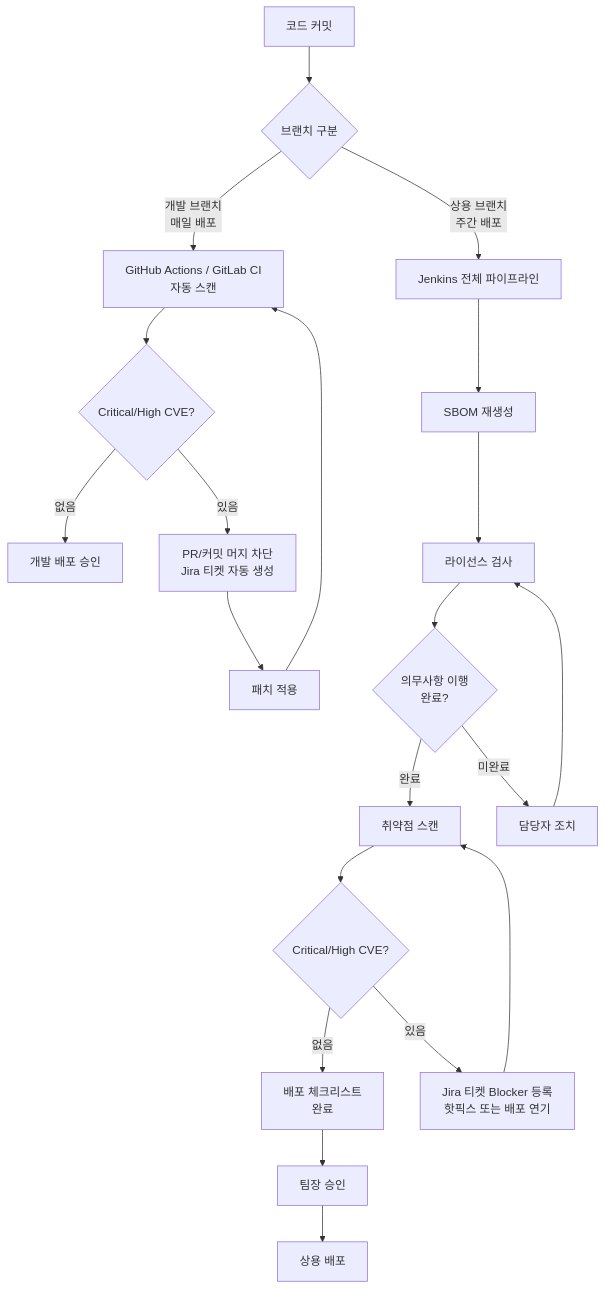
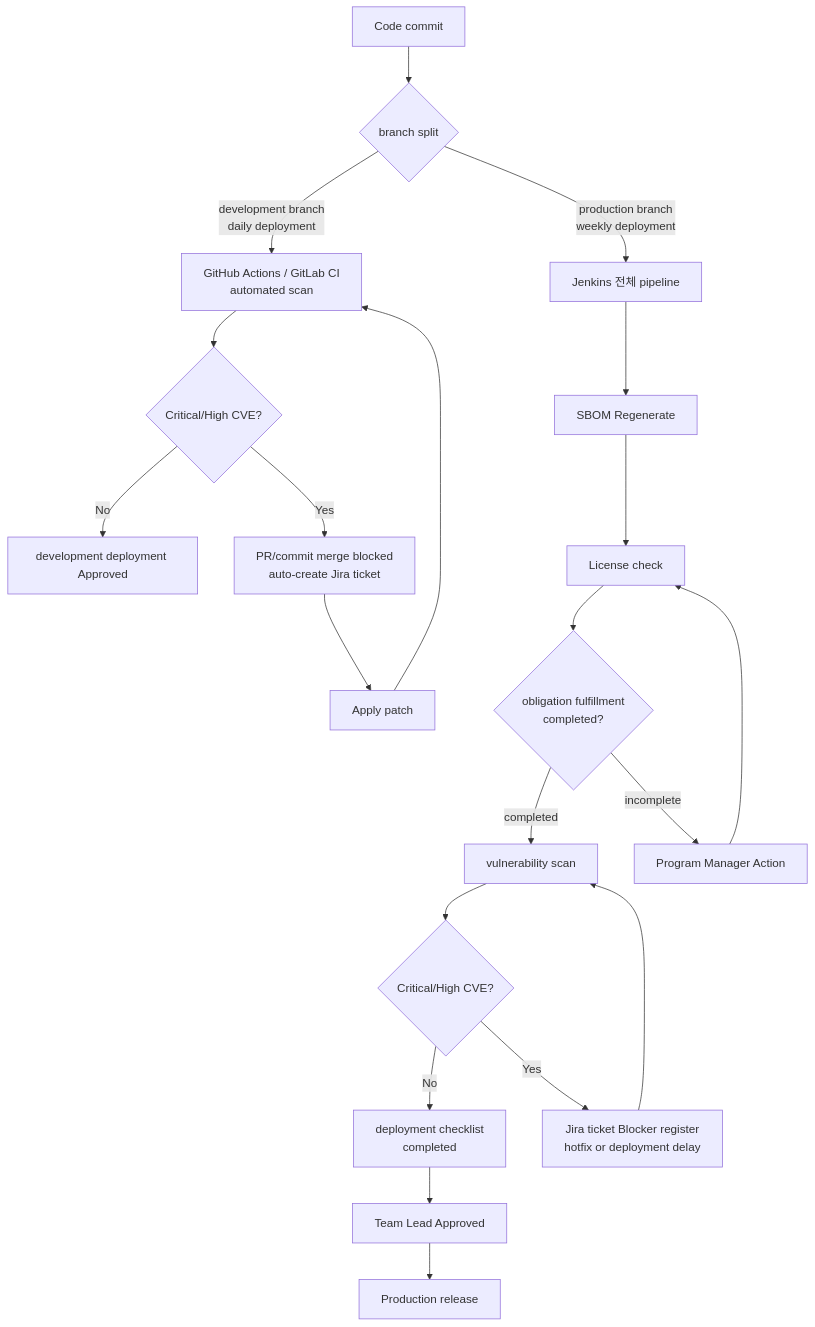
One commit to trustedoss/trustedoss.github.io changed the second of 4 diagrams in website/i18n/en/docusaurus-plugin-content-docs-reference/current/samples/process.md. Above: the diagram before and after it, drawn with Mermaid. The commit also changed other lines of this file and 55 other files, not shown here.

````diff
--- a/website/i18n/en/docusaurus-plugin-content-docs-reference/current/samples/process.md
+++ b/website/i18n/en/docusaurus-plugin-content-docs-reference/current/samples/process.md
@@ -552,23 +552,23 @@
 ```mermaid
 graph TD
-    A[코드 커밋] --> B{브랜치 구분}
-    B -->|개발 브랜치\n매일 배포| C[GitHub Actions / GitLab CI\n자동 스캔]
-    B -->|상용 브랜치\n주간 배포| D[Jenkins 전체 파이프라인]
+    A[Code commit] --> B{branch split}
+    B -->|development branch\ndaily deployment| C[GitHub Actions / GitLab CI\nautomated scan]
+    B -->|production branch\nweekly deployment| D[Jenkins 전체 pipeline]
     C --> E{Critical/High CVE?}
-    E -->|없음| F[개발 배포 승인]
-    E -->|있음| G[PR/커밋 머지 차단\nJira 티켓 자동 생성]
-    G --> H[패치 적용]
+    E -->|No| F[development deployment Approved]
+    E -->|Yes| G[PR/commit merge blocked\nauto-create Jira ticket]
+    G --> H[Apply patch]
     H --> C
-    D --> I[SBOM 재생성]
-    I --> J[라이선스 검사]
-    J --> K{의무사항 이행\n완료?}
-    K -->|완료| L[취약점 스캔]
-    K -->|미완료| M[담당자 조치]
+    D --> I[SBOM Regenerate]
+    I --> J[License check]
+    J --> K{obligation fulfillment\ncompleted?}
+    K -->|completed| L[vulnerability scan]
+    K -->|incomplete| M[Program Manager Action]
     M --> J
     L --> N{Critical/High CVE?}
-    N -->|없음| O[배포 체크리스트\n완료]
-    N -->|있음| P[Jira 티켓 Blocker 등록\n핫픽스 또는 배포 연기]
+    N -->|No| O[deployment checklist\ncompleted]
+    N -->|Yes| P[Jira ticket Blocker register\nhotfix or deployment delay]
     P --> L
-    O --> Q[팀장 승인]
-    Q --> R[상용 배포]
+    O --> Q[Team Lead Approved]
+    Q --> R[Production release]
 ```
````
